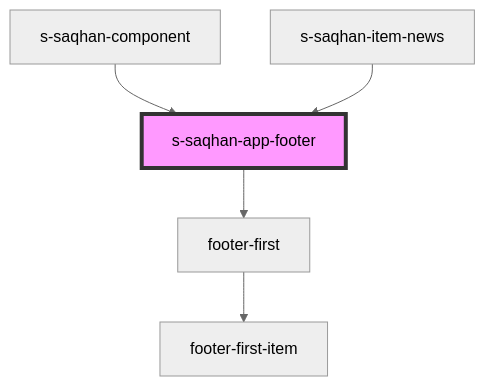
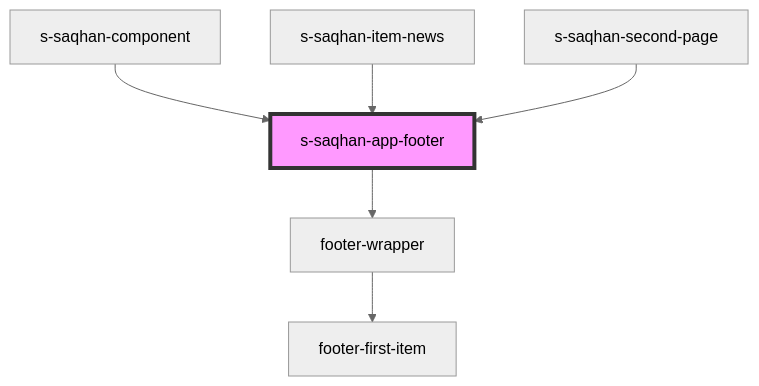
The diagram in src/components/res/view/s-saqhan-app-footer/readme.md (saqhan/stencil), drawn with Mermaid (neutral theme) before and after one commit. The commit also changed other lines of this file and 26 other files, not shown here.

Commit message:
add second page

````diff
--- a/src/components/res/view/s-saqhan-app-footer/readme.md
+++ b/src/components/res/view/s-saqhan-app-footer/readme.md
@@ -35,8 +36,9 @@
 ```mermaid
 graph TD;
-  s-saqhan-app-footer --> footer-first
-  footer-first --> footer-first-item
+  s-saqhan-app-footer --> footer-wrapper
+  footer-wrapper --> footer-first-item
   s-saqhan-component --> s-saqhan-app-footer
   s-saqhan-item-news --> s-saqhan-app-footer
+  s-saqhan-second-page --> s-saqhan-app-footer
   style s-saqhan-app-footer fill:#f9f,stroke:#333,stroke-width:4px
 ```
````
